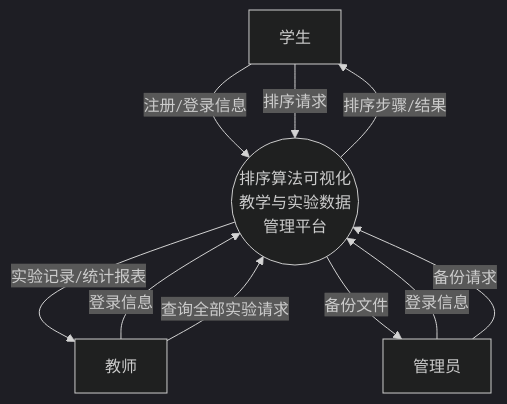
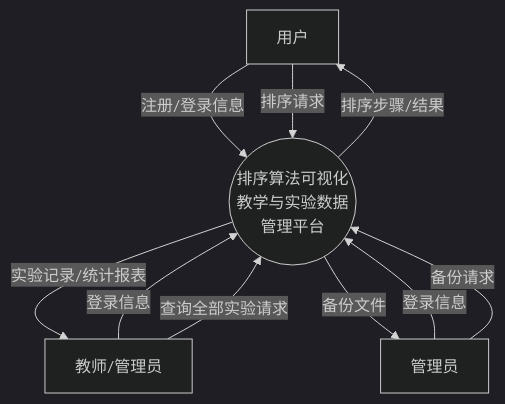
One commit to zhanzhan702/SortingAlgorithmVisualizationSystem changed the first of 11 diagrams in 数据库课设文档.md. Above: the diagram before and after it, drawn with Mermaid (dark theme). The commit also changed other lines of this file, not shown here.

Commit message:
fix: 更新用户角色描述——将“学生”改为“用户”，并调整教师角色为“教师/管理员”

````diff
--- a/数据库课设文档.md
+++ b/数据库课设文档.md
@@ -29,14 +29,14 @@
 ```mermaid
 flowchart TB
-    S1[学生] -->|注册/登录信息| P((排序算法可视化<br/>教学与实验数据<br/>管理平台))
+    S1[用户] -->|注册/登录信息| P((排序算法可视化<br/>教学与实验数据<br/>管理平台))
     S1 -->|排序请求| P
     P -->|排序步骤/结果| S1
 
-    S2[教师] -->|登录信息| P
+    S2[教师/管理员] -->|登录信息| P
     S2 -->|查询全部实验请求| P
     P -->|实验记录/统计报表| S2
 
     S3[管理员] -->|登录信息| P
     S3 -->|备份请求| P
     P -->|备份文件| S3
 ```
````
